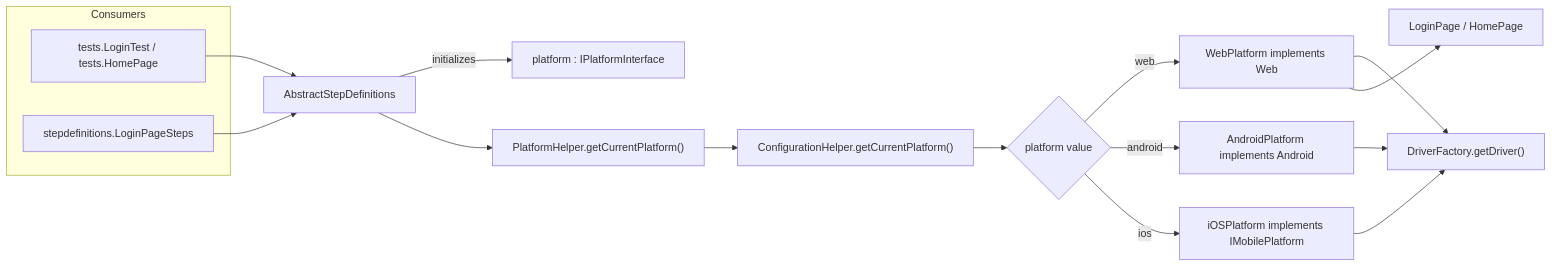
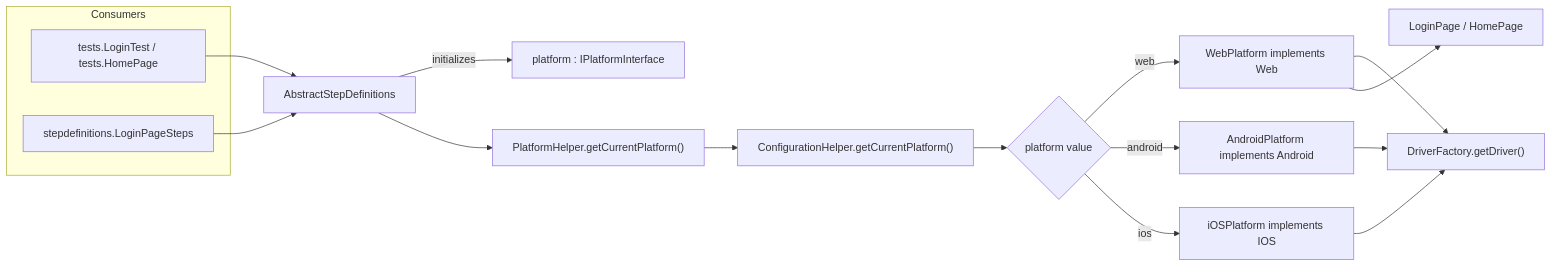
The second of 4 diagrams in README.md (Vijay-Durairaj/SeleniumFramework), drawn with Mermaid before and after one commit. The commit also changed other lines of this file and 2 other files, not shown here.

````diff
--- a/README.md
+++ b/README.md
@@ -156,25 +161,25 @@
 ```mermaid
 flowchart LR
     subgraph Consumers[Consumers]
         T1[tests.LoginTest / tests.HomePage]
         T2[stepdefinitions.LoginPageSteps]
     end
 
     T1 --> A[AbstractStepDefinitions]
     T2 --> A
 
     A -->|initializes| P[platform : IPlatformInterface]
     A --> H["PlatformHelper.getCurrentPlatform()"]
     H --> C["ConfigurationHelper.getCurrentPlatform()"]
     C --> SEL{platform value}
 
     SEL -->|web| WP[WebPlatform implements Web]
     SEL -->|android| AP[AndroidPlatform implements Android]
-    SEL -->|ios| IPH[iOSPlatform implements IMobilePlatform]
+    SEL -->|ios| IPH[iOSPlatform implements IOS]
 
     WP --> D["DriverFactory.getDriver()"]
     AP --> D
     IPH --> D
 
     WP --> PO[LoginPage / HomePage]
 ```
````
